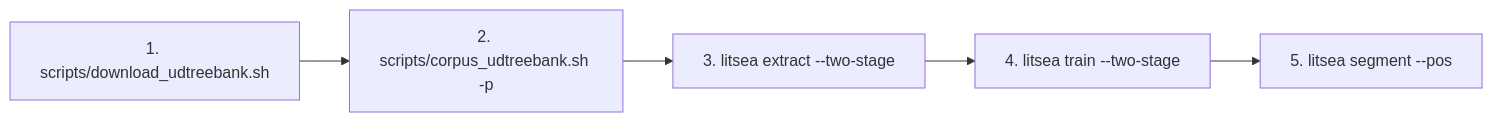
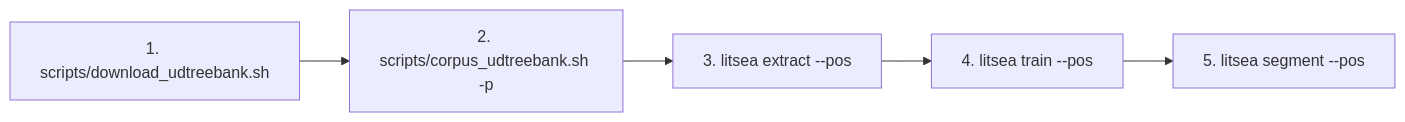
The second of 2 diagrams in docs/ja/src/litsea-cli.md (mosuka/litsea), drawn with Mermaid before and after one commit. The commit also changed other lines of this file and 55 other files, not shown here.

First line of the commit message:
refactor!: rename CLI flag --two-stage to --pos and bundled POS models (#192) (#193)

````diff
--- a/docs/ja/src/litsea-cli.md
+++ b/docs/ja/src/litsea-cli.md
@@ -49,7 +49,7 @@
 ```mermaid
 flowchart LR
     A["1. scripts/download_udtreebank.sh"] --> B["2. scripts/corpus_udtreebank.sh -p"]
-    B --> C["3. litsea extract --two-stage"]
-    C --> D["4. litsea train --two-stage"]
+    B --> C["3. litsea extract --pos"]
+    C --> D["4. litsea train --pos"]
     D --> E["5. litsea segment --pos"]
 ```
````
